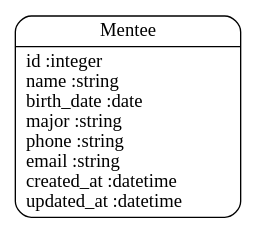
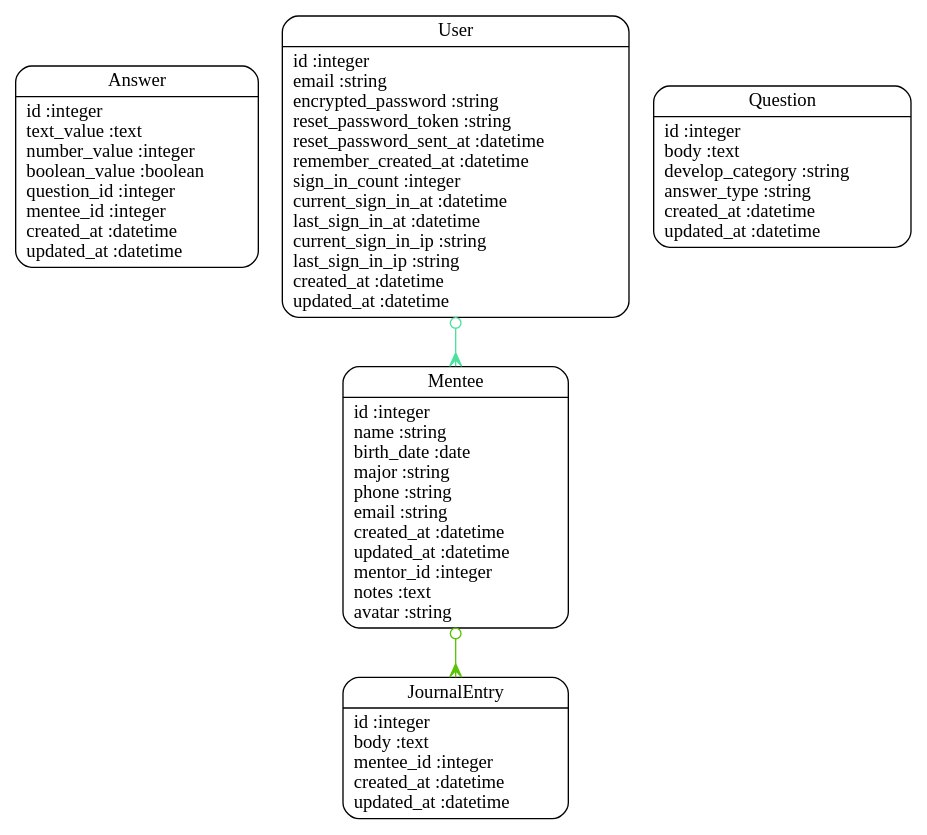
The diagram in doc/models.dot (cmmadmin/mentor_me-rails), drawn with Graphviz before and after one commit. The commit also changed 23 other files, not shown here.

```diff
--- a/doc/models.dot
+++ b/doc/models.dot
@@ -1,4 +1,10 @@
 digraph models_diagram {
 	graph[overlap=false, splines=true]
-	"Mentee" [shape=Mrecord, label="{Mentee|id :integer\lname :string\lbirth_date :date\lmajor :string\lphone :string\lemail :string\lcreated_at :datetime\lupdated_at :datetime\l}"]
+	"Answer" [shape=Mrecord, label="{Answer|id :integer\ltext_value :text\lnumber_value :integer\lboolean_value :boolean\lquestion_id :integer\lmentee_id :integer\lcreated_at :datetime\lupdated_at :datetime\l}"]
+	"JournalEntry" [shape=Mrecord, label="{JournalEntry|id :integer\lbody :text\lmentee_id :integer\lcreated_at :datetime\lupdated_at :datetime\l}"]
+	"Mentee" [shape=Mrecord, label="{Mentee|id :integer\lname :string\lbirth_date :date\lmajor :string\lphone :string\lemail :string\lcreated_at :datetime\lupdated_at :datetime\lmentor_id :integer\lnotes :text\lavatar :string\l}"]
+	"Question" [shape=Mrecord, label="{Question|id :integer\lbody :text\ldevelop_category :string\lanswer_type :string\lcreated_at :datetime\lupdated_at :datetime\l}"]
+	"User" [shape=Mrecord, label="{User|id :integer\lemail :string\lencrypted_password :string\lreset_password_token :string\lreset_password_sent_at :datetime\lremember_created_at :datetime\lsign_in_count :integer\lcurrent_sign_in_at :datetime\llast_sign_in_at :datetime\lcurrent_sign_in_ip :string\llast_sign_in_ip :string\lcreated_at :datetime\lupdated_at :datetime\l}"]
+	"Mentee" -> "JournalEntry" [arrowtail=odot, arrowhead=crow, dir=both color="#59C305"]
+	"User" -> "Mentee" [arrowtail=odot, arrowhead=crow, dir=both color="#4BE19E"]
 }
```
